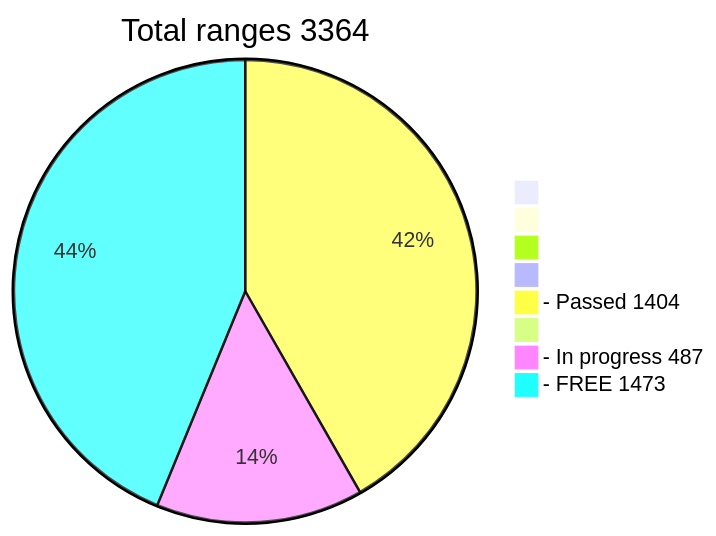
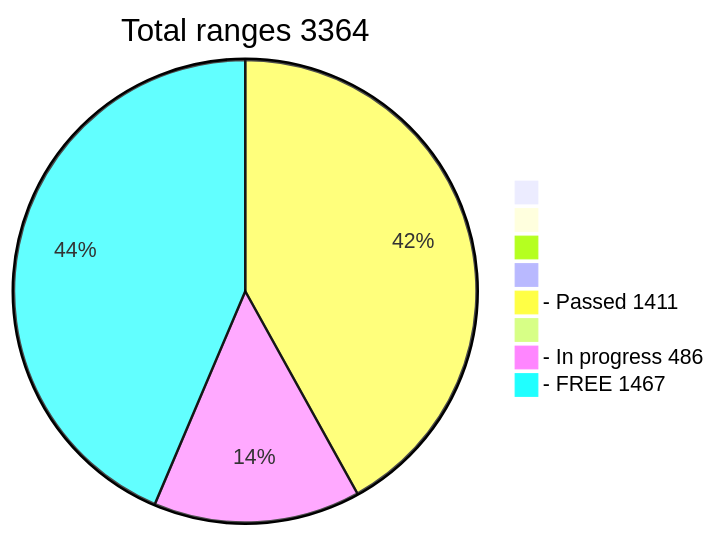
The diagram in README.md (phrutis/wif500), drawn with Mermaid before and after one commit.

````diff
--- a/README.md
+++ b/README.md
@@ -16,12 +16,12 @@
 ```mermaid
 pie title Total ranges 3364
              " " : 0
             "  " : 0
            "   " : 0
           "    " : 0
-  "- Passed 1404" : 1404
+  "- Passed 1411" : 1411
          "     " : 0
-  "- In progress 487" : 487
-   "- FREE 1473" : 1473
+  "- In progress 486" : 486
+   "- FREE 1467" : 1467
    
 ```
````
